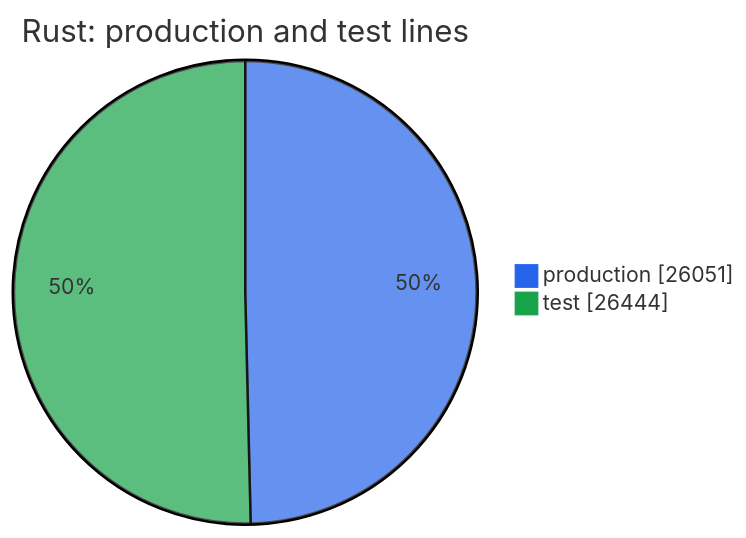
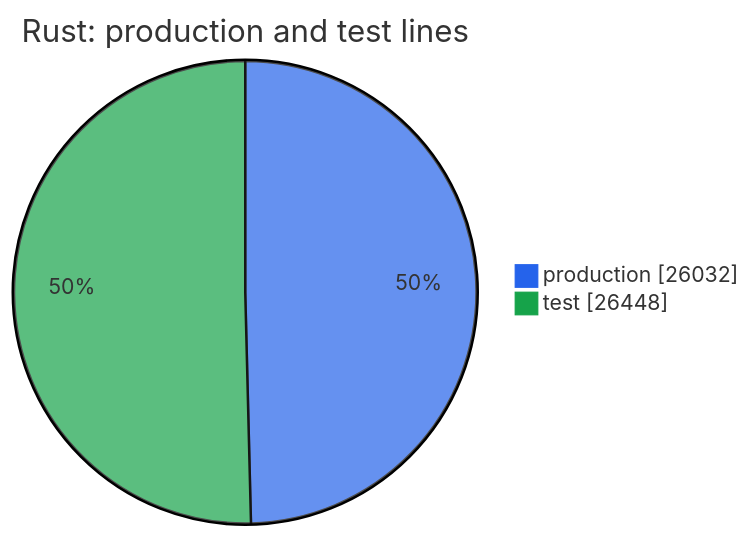
Before and after one commit to thomascherickal/ferrum-gpu: the second of 2 diagrams in metrics.md, drawn with Mermaid. The commit also changed other lines of this file and 20 other files, not shown here.

````diff
--- a/metrics.md
+++ b/metrics.md
@@ -35,6 +35,6 @@
 ```mermaid
 %%{init: {"theme": "base", "themeVariables": {"pie1": "#2563eb", "pie2": "#16a34a", "pie3": "#d97706", "pie4": "#db2777", "pie5": "#7c3aed", "pie6": "#0891b2", "pie7": "#65a30d", "pie8": "#dc2626"}}}%%
 pie showData title Rust: production and test lines
-    "production" : 26051
-    "test" : 26444
+    "production" : 26032
+    "test" : 26448
 ```
````
